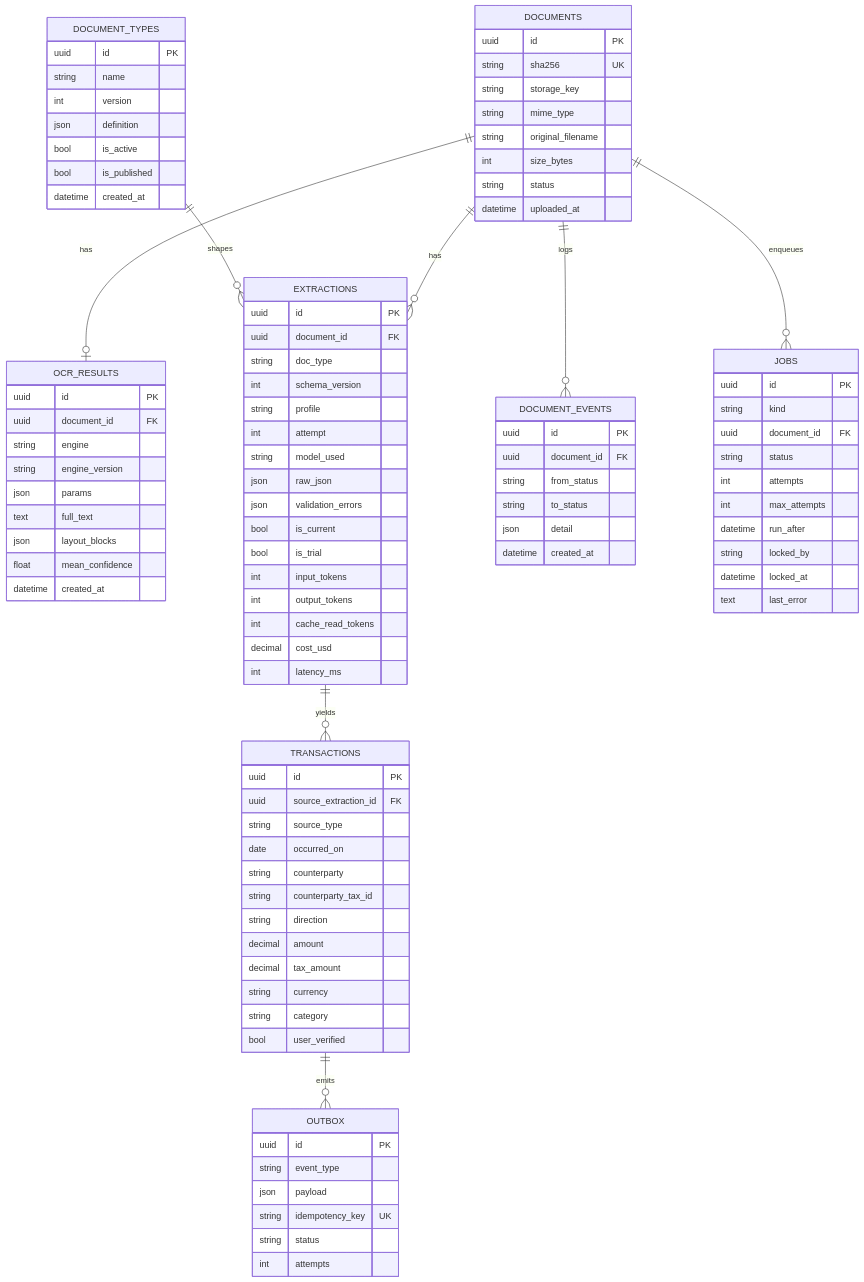
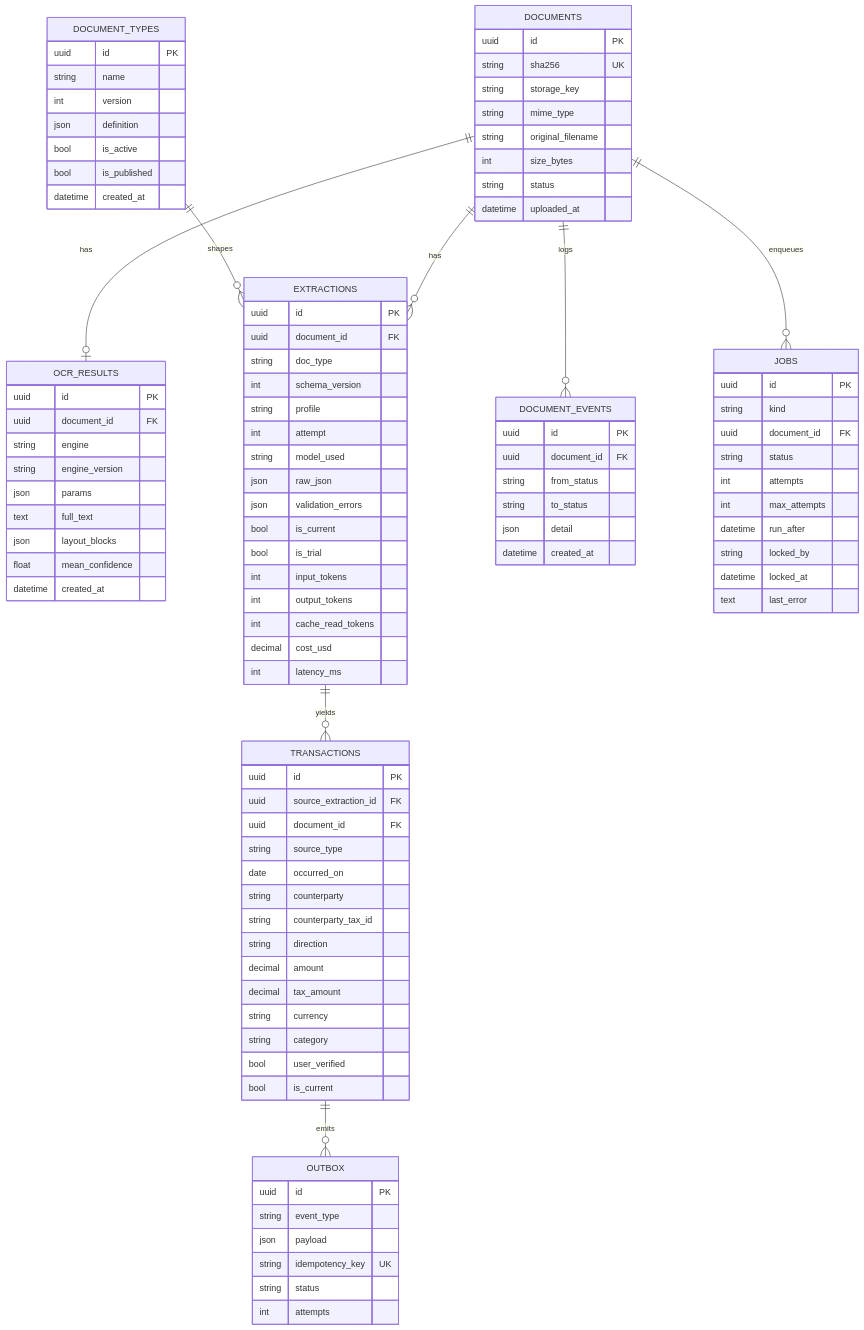
One commit to cgsellers/assistant changed the third of 3 diagrams in README.md. Above: the diagram before and after it, drawn with Mermaid. The commit also changed other lines of this file and 1 other file, not shown here.

First line of the commit message:
Document the canonical ledger

```diff
--- a/README.md
+++ b/README.md
@@ -193,6 +193,7 @@
     TRANSACTIONS {
         uuid id PK
         uuid source_extraction_id FK
+        uuid document_id FK
         string source_type
         date occurred_on
         string counterparty
@@ -203,6 +204,7 @@
         string currency
         string category
         bool user_verified
+        bool is_current
     }
     OUTBOX {
         uuid id PK
```
